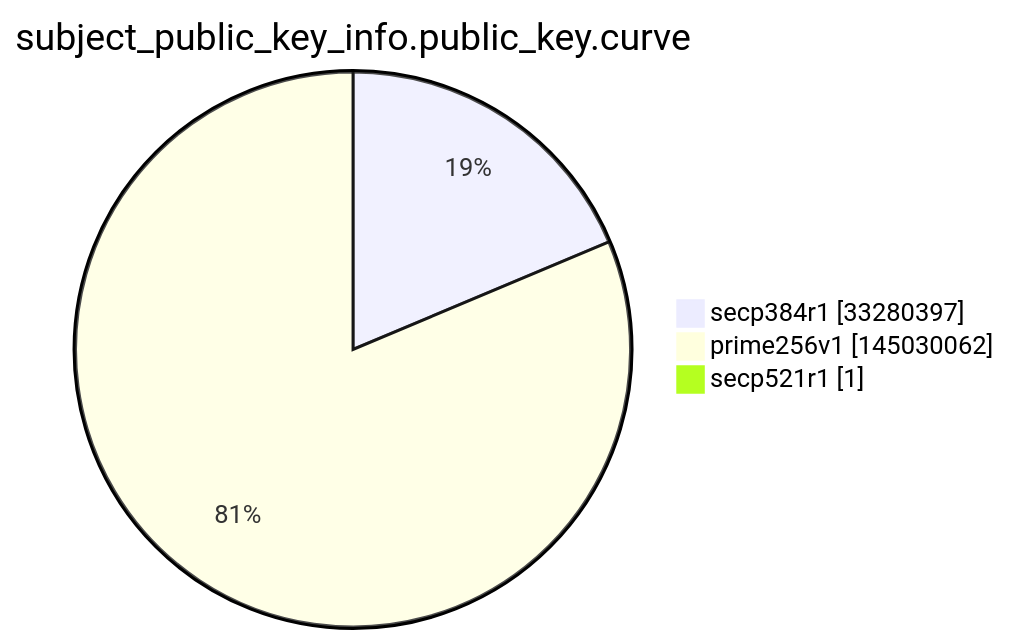
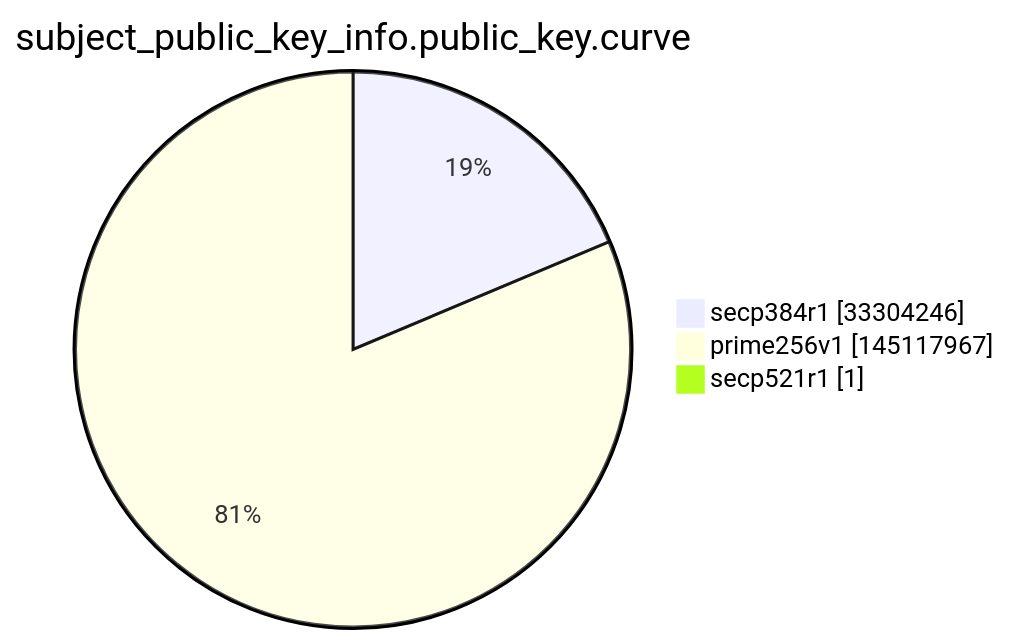
Before and after one commit to christiankrug/ctmonitor_visualization: the ninth of 15 diagrams in argon2022/README.md, drawn with Mermaid. The commit also changed other lines of this file, not shown here.

````diff
--- a/argon2022/README.md
+++ b/argon2022/README.md
@@ -2764,7 +2764,7 @@
 ```mermaid
 pie showData
 title subject_public_key_info.public_key.curve
-"secp384r1" :33280397
-"prime256v1" :145030062
+"secp384r1" :33304246
+"prime256v1" :145117967
 "secp521r1" :1
 ```
````
